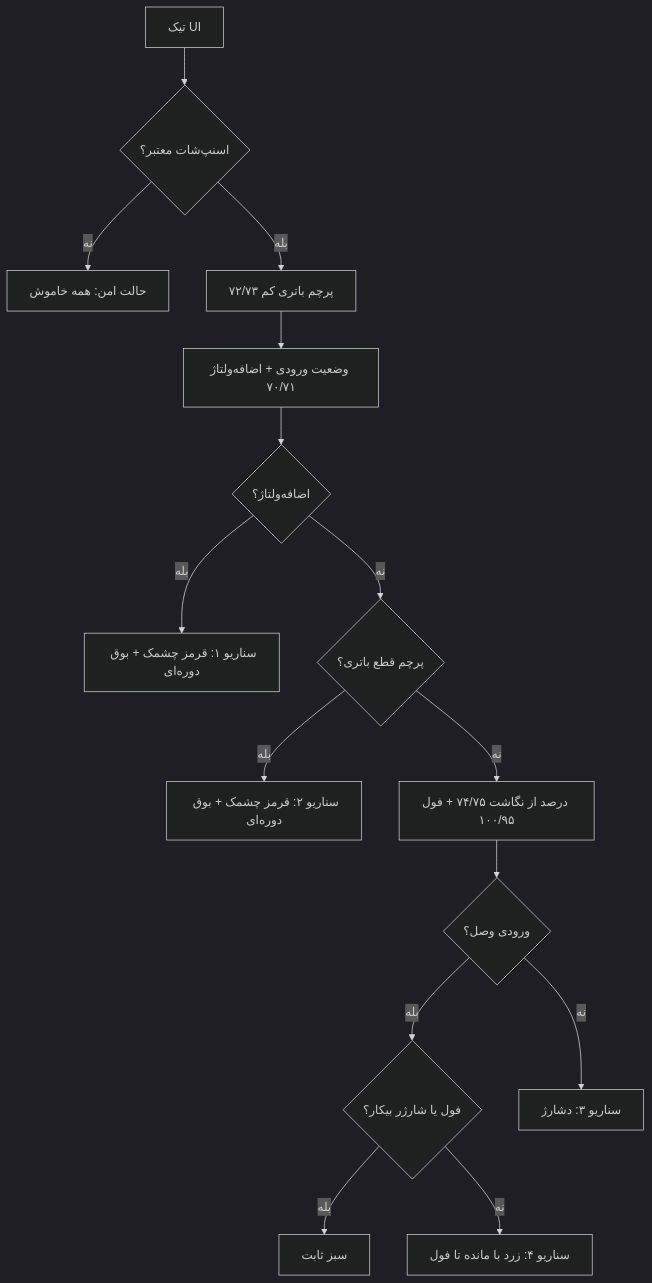
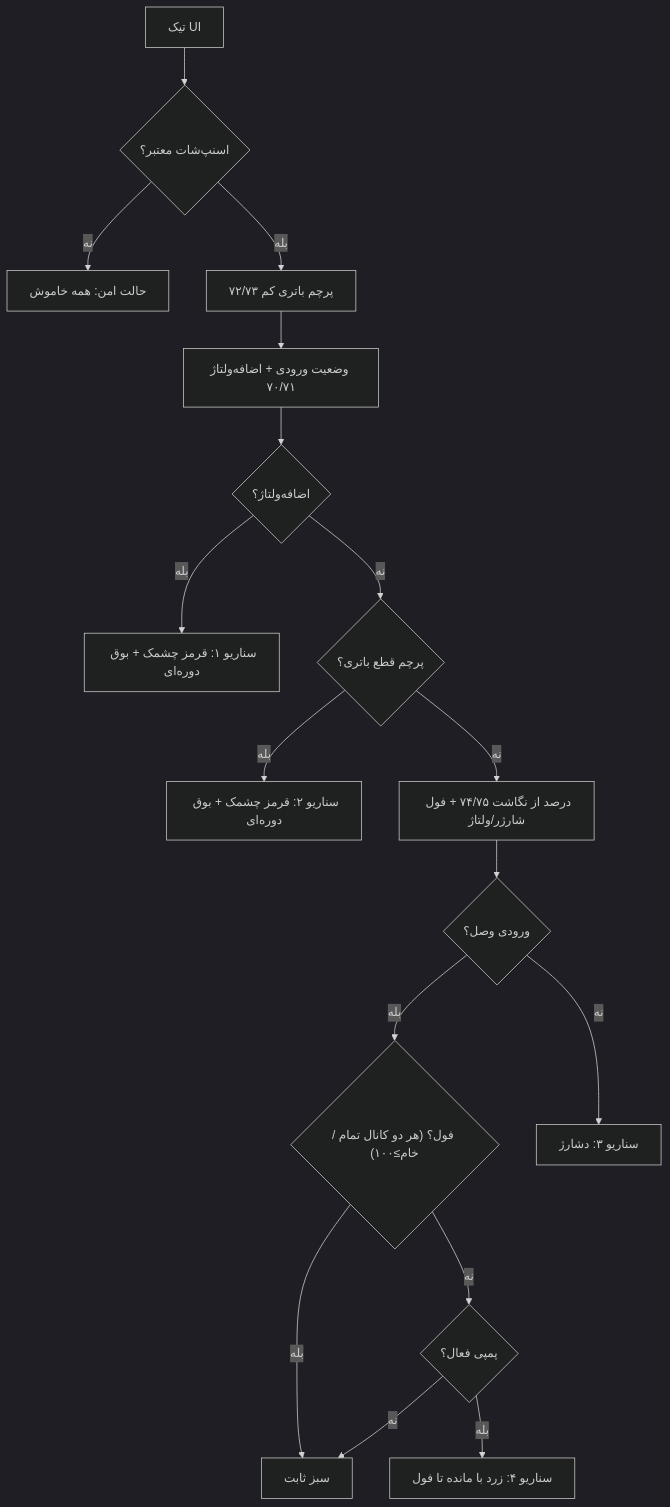
Before and after one commit to sargoliwork101-ui/ChangeOver: the first of 2 diagrams in ESP_AGENT_SPEC.md, drawn with Mermaid (dark theme). The commit also changed other lines of this file and 9 other files, not shown here.

````diff
--- a/ESP_AGENT_SPEC.md
+++ b/ESP_AGENT_SPEC.md
@@ -1140,17 +1151,19 @@
 ```mermaid
 flowchart TD
     A["تیک UI"] --> B{"اسنپ‌شات معتبر؟"}
     B -- نه --> Z["حالت امن: همه خاموش"]
     B -- بله --> C["پرچم باتری کم ۷۲/۷۳"]
     C --> D["وضعیت ورودی + اضافه‌ولتاژ ۷۰/۷۱"]
     D --> E{"اضافه‌ولتاژ؟"}
     E -- بله --> S1["سناریو ۱: قرمز چشمک + بوق دوره‌ای"]
     E -- نه --> F{"پرچم قطع باتری؟"}
     F -- بله --> S2["سناریو ۲: قرمز چشمک + بوق دوره‌ای"]
-    F -- نه --> G["درصد از نگاشت ۷۴/۷۵ + فول ۱۰۰/۹۵"]
+    F -- نه --> G["درصد از نگاشت ۷۴/۷۵ + فول شارژر/ولتاژ"]
     G --> H{"ورودی وصل؟"}
-    H -- بله --> I{"فول یا شارژر بیکار؟"}
+    H -- بله --> I{"فول؟ (هر دو کانال تمام / خام≥۱۰۰)"}
     I -- بله --> S0["سبز ثابت"]
-    I -- نه --> S4["سناریو ۴: زرد با مانده تا فول"]
+    I -- نه --> J{"پمپی فعال؟"}
+    J -- بله --> S4["سناریو ۴: زرد با مانده تا فول"]
+    J -- نه --> S0
     H -- نه --> S3["سناریو ۳: دشارژ"]
 ```
````
